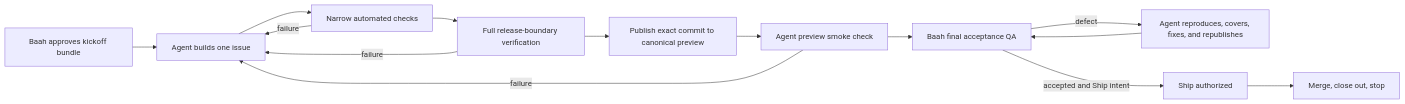
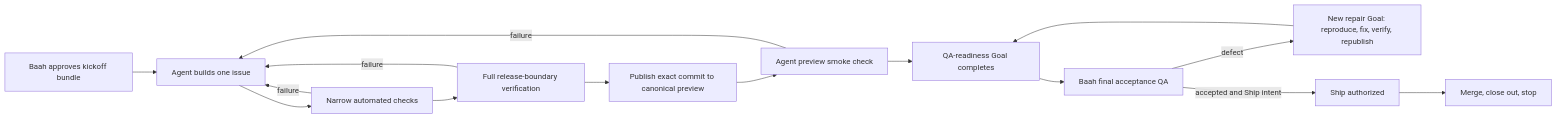
The diagram in docs/superpowers/specs/2026-10-08-bounded-autonomous-delivery-design.md (EmmanuelBaah27/taisa), drawn with Mermaid before and after one commit. The commit also changed other lines of this file, not shown here.

````diff
--- a/docs/superpowers/specs/2026-10-08-bounded-autonomous-delivery-design.md
+++ b/docs/superpowers/specs/2026-10-08-bounded-autonomous-delivery-design.md
@@ -32,16 +34,17 @@
 ```mermaid
 flowchart LR
   K["Baah approves kickoff bundle"] --> B["Agent builds one issue"]
   B --> N["Narrow automated checks"]
   N -->|failure| B
   N --> V["Full release-boundary verification"]
   V -->|failure| B
   V --> C["Publish exact commit to canonical preview"]
   C --> Q["Agent preview smoke check"]
   Q -->|failure| B
-  Q --> H["Baah final acceptance QA"]
-  H -->|defect| R["Agent reproduces, covers, fixes, and republishes"]
-  R --> H
+  Q --> T["QA-readiness Goal completes"]
+  T --> H["Baah final acceptance QA"]
+  H -->|defect| R["New repair Goal: reproduce, fix, verify, republish"]
+  R --> T
   H -->|accepted and Ship intent| G["Ship authorized"]
   G --> X["Merge, close out, stop"]
 ```
````
